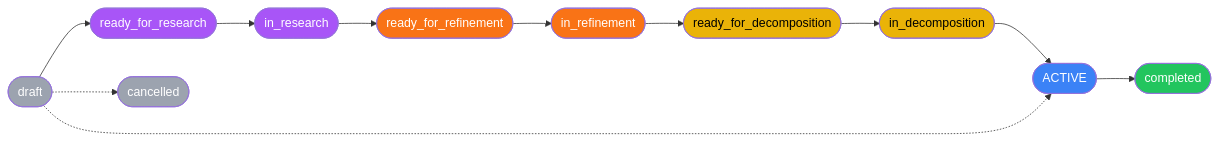
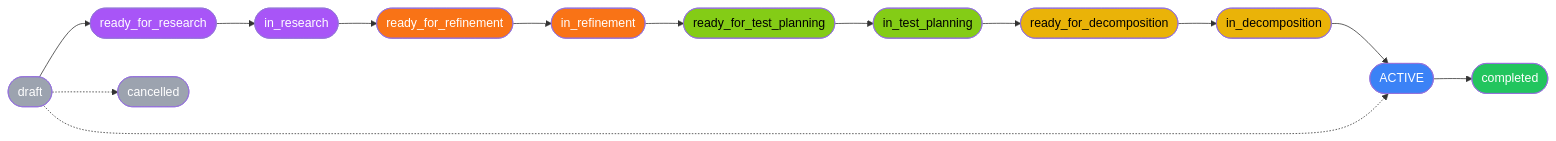
Before and after one commit to jwwelbor/shark-task-manager: the second of 8 diagrams in docs/guides/multi-level-workflow.md, drawn with Mermaid. The commit also changed other lines of this file and 1 other file, not shown here.

````diff
--- a/docs/guides/multi-level-workflow.md
+++ b/docs/guides/multi-level-workflow.md
@@ -64,22 +110,25 @@
 ```mermaid
 flowchart LR
     draft([draft]):::gray --> ready_for_research([ready_for_research]):::purple
     ready_for_research --> in_research([in_research]):::purple
     in_research --> ready_for_refinement([ready_for_refinement]):::orange
     ready_for_refinement --> in_refinement([in_refinement]):::orange
-    in_refinement --> ready_for_decomposition([ready_for_decomposition]):::yellow
+    in_refinement --> rftp([ready_for_test_planning]):::lime
+    rftp --> itp([in_test_planning]):::lime
+    itp --> ready_for_decomposition([ready_for_decomposition]):::yellow
     ready_for_decomposition --> in_decomposition([in_decomposition]):::yellow
     in_decomposition --> active([ACTIVE]):::blue
     active --> completed([completed]):::green
 
     draft -.-> active
     draft -.-> cancelled([cancelled]):::gray
 
     classDef gray fill:#9ca3af,color:#fff
     classDef purple fill:#a855f7,color:#fff
     classDef orange fill:#f97316,color:#fff
+    classDef lime fill:#84cc16,color:#000
     classDef yellow fill:#eab308,color:#000
     classDef blue fill:#3b82f6,color:#fff
     classDef green fill:#22c55e,color:#fff
     classDef red fill:#ef4444,color:#fff
 ```
````
